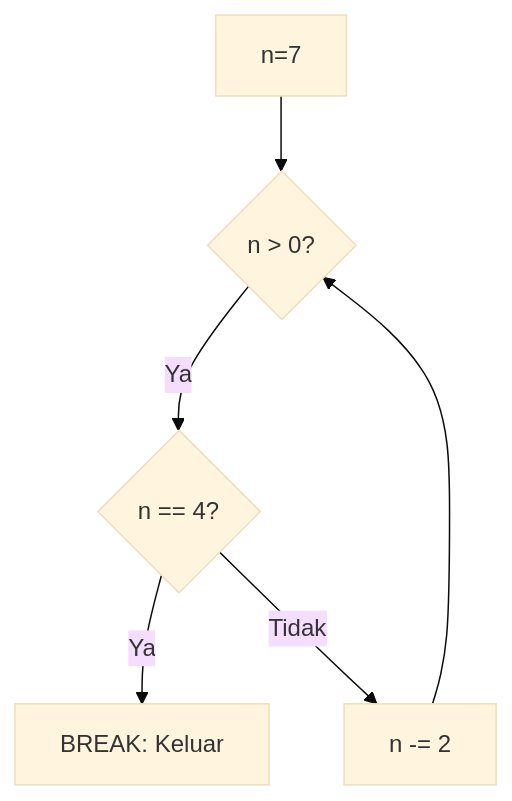
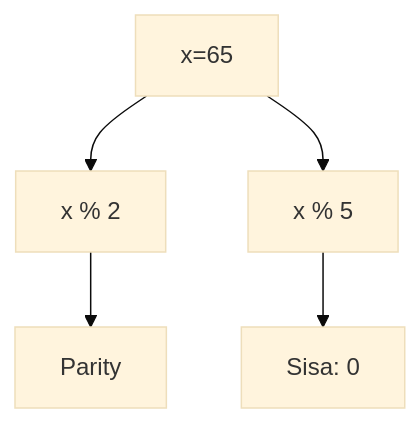
One commit to amnahwaida/OSNK_INF_PREP changed the first of 25 diagrams in part-c-pemahaman-cpp/03-perulangan/latihan/set-04.md. Above: the diagram before and after it, drawn with Mermaid (base theme). The commit also changed other lines of this file and 71 other files, not shown here.

````diff
--- a/part-c-pemahaman-cpp/03-perulangan/latihan/set-04.md
+++ b/part-c-pemahaman-cpp/03-perulangan/latihan/set-04.md
@@ -56,8 +23,7 @@
 ```mermaid
 graph TD
-    A[n=7] --> B{n > 0?}
-    B -- Ya --> C{n == 4?}
-    C -- Ya --> D[BREAK: Keluar]
-    C -- Tidak --> E[n -= 2]
-    E --> B
+A[x=65] --> B[x % 2]
+B --> C[Parity]
+A --> D[x % 5]
+D --> E[Sisa: 0]
 ```
````
